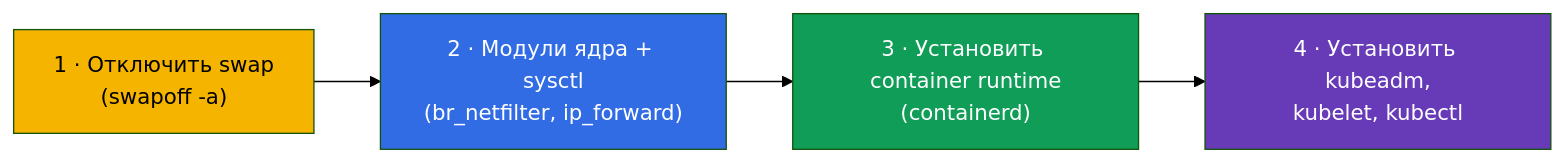
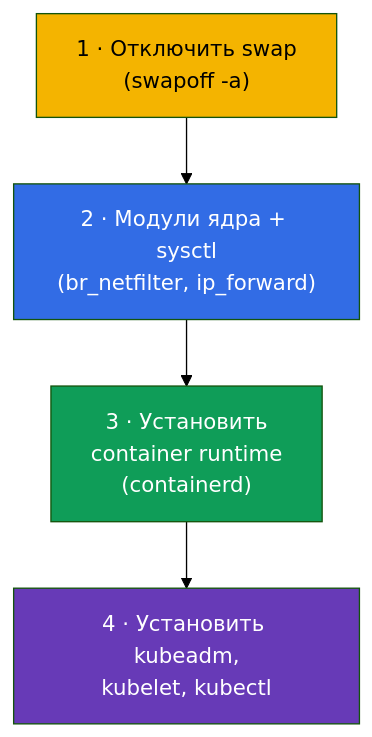
One commit to ViktorUJ/cks changed the second of 8 diagrams in tasks/cka/course/35/ru.md. Above: the diagram before and after it, drawn with Mermaid (forest theme). The commit also changed other lines of this file and 30 other files, not shown here.

````diff
--- a/tasks/cka/course/35/ru.md
+++ b/tasks/cka/course/35/ru.md
@@ -49,8 +46,10 @@
 ```mermaid
-flowchart LR
-    s1["1 · Отключить swap<br>(swapoff -a)"] --> s2["2 · Модули ядра + sysctl<br>(br_netfilter, ip_forward)"] --> s3["3 · Установить container runtime<br>(containerd)"] --> s4["4 · Установить kubeadm,<br>kubelet, kubectl"]
+flowchart TB
+    s1["1 · Отключить swap<br>(swapoff -a)"] --> s2["2 · Модули ядра + sysctl<br>(br_netfilter, ip_forward)"]
+    s2 --> s3["3 · Установить<br>container runtime<br>(containerd)"]
+    s3 --> s4["4 · Установить kubeadm,<br>kubelet, kubectl"]
     style s1 fill:#f4b400,color:#000
     style s2 fill:#326ce5,color:#fff
     style s3 fill:#0f9d58,color:#fff
     style s4 fill:#673ab7,color:#fff
 ```
````
